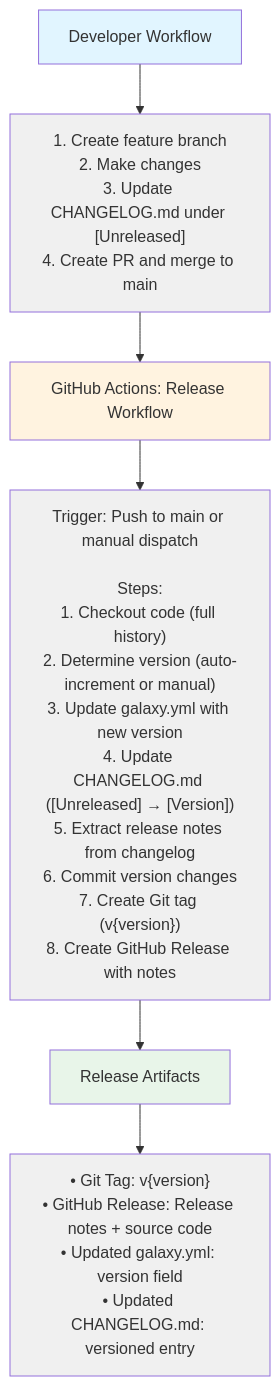
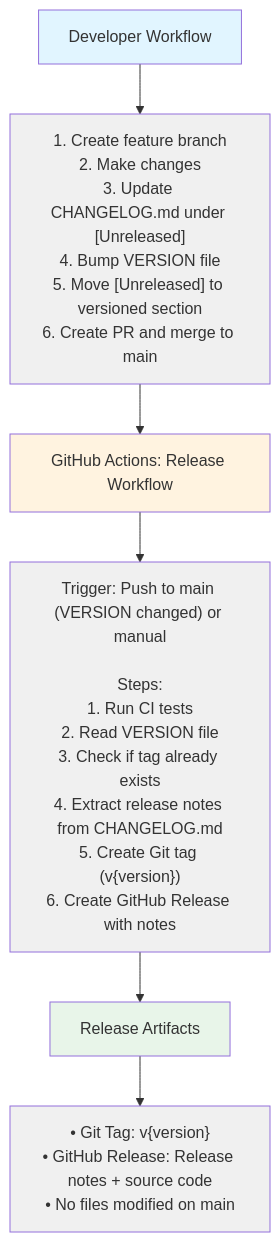
The first of 5 diagrams in docs/RELEASE_INTEGRATION.md (aopdal/ansible-role-aruba-cx-switch), drawn with Mermaid before and after one commit. The commit also changed other lines of this file and 3 other files, not shown here.

First line of the commit message:
docs: update release docs for new workflow

````diff
--- a/docs/RELEASE_INTEGRATION.md
+++ b/docs/RELEASE_INTEGRATION.md
@@ -11,24 +11,24 @@
 ```mermaid
 flowchart TD
     Dev[Developer Workflow]
-    Dev_Details["1. Create feature branch<br/>2. Make changes<br/>3. Update CHANGELOG.md under [Unreleased]<br/>4. Create PR and merge to main"]
+    Dev_Details["1. Create feature branch<br/>2. Make changes<br/>3. Update CHANGELOG.md under [Unreleased]<br/>4. Bump VERSION file<br/>5. Move [Unreleased] to versioned section<br/>6. Create PR and merge to main"]
 
     Workflow[GitHub Actions: Release Workflow]
-    Workflow_Details["Trigger: Push to main or manual dispatch<br/><br/>Steps:<br/>1. Checkout code (full history)<br/>2. Determine version (auto-increment or manual)<br/>3. Update galaxy.yml with new version<br/>4. Update CHANGELOG.md ([Unreleased] → [Version])<br/>5. Extract release notes from changelog<br/>6. Commit version changes<br/>7. Create Git tag (v{version})<br/>8. Create GitHub Release with notes"]
+    Workflow_Details["Trigger: Push to main (VERSION changed) or manual<br/><br/>Steps:<br/>1. Run CI tests<br/>2. Read VERSION file<br/>3. Check if tag already exists<br/>4. Extract release notes from CHANGELOG.md<br/>5. Create Git tag (v{version})<br/>6. Create GitHub Release with notes"]
 
     Artifacts[Release Artifacts]
-    Artifacts_Details["• Git Tag: v{version}<br/>• GitHub Release: Release notes + source code<br/>• Updated galaxy.yml: version field<br/>• Updated CHANGELOG.md: versioned entry"]
+    Artifacts_Details["• Git Tag: v{version}<br/>• GitHub Release: Release notes + source code<br/>• No files modified on main"]
 
     Dev --> Dev_Details
     Dev_Details --> Workflow
     Workflow --> Workflow_Details
     Workflow_Details --> Artifacts
     Artifacts --> Artifacts_Details
 
     style Dev fill:#e1f5ff
     style Workflow fill:#fff3e0
     style Artifacts fill:#e8f5e9
     style Dev_Details fill:#f0f0f0
     style Workflow_Details fill:#f0f0f0
     style Artifacts_Details fill:#f0f0f0
 ```
````
